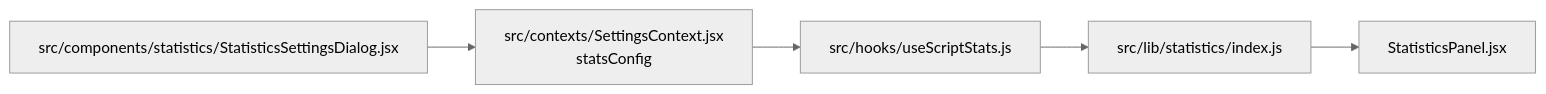
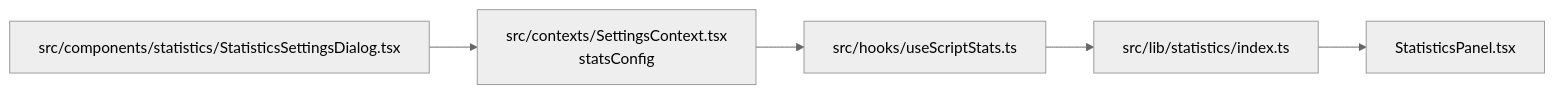
Diagram 14 of 15 in docs/product/data-flows.md (Shawn-csy/write_project), drawn with Mermaid (neutral theme) before and after one commit. The commit also changed other lines of this file and 34 other files, not shown here.

````diff
--- a/docs/product/data-flows.md
+++ b/docs/product/data-flows.md
@@ -243,7 +243,7 @@
 ```mermaid
 flowchart LR
-  A[src/components/statistics/StatisticsSettingsDialog.jsx] --> B[src/contexts/SettingsContext.jsx\nstatsConfig]
-  B --> C[src/hooks/useScriptStats.js]
-  C --> D[src/lib/statistics/index.js]
-  D --> E[StatisticsPanel.jsx]
+  A[src/components/statistics/StatisticsSettingsDialog.tsx] --> B[src/contexts/SettingsContext.tsx\nstatsConfig]
+  B --> C[src/hooks/useScriptStats.ts]
+  C --> D[src/lib/statistics/index.ts]
+  D --> E[StatisticsPanel.tsx]
 ```
````
